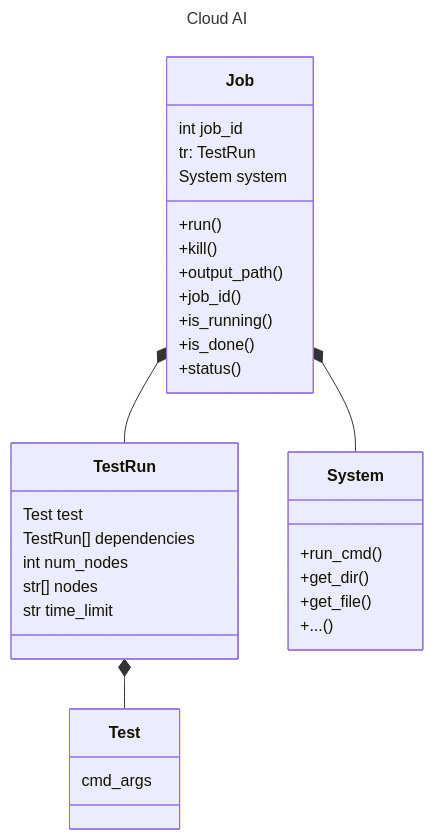
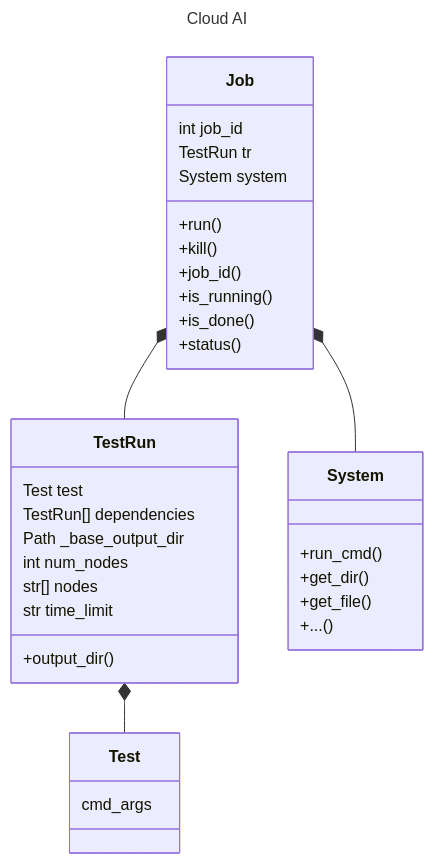
Before and after one commit to NVIDIA/cloudai: the second of 3 diagrams in doc/DEV.md, drawn with Mermaid. The commit also changed other lines of this file, not shown here.

````diff
--- a/doc/DEV.md
+++ b/doc/DEV.md
@@ -49,40 +49,42 @@
 ```mermaid
 ---
 title: Cloud AI
 ---
 classDiagram
     TestRun *-- Test
     Job *-- TestRun
     Job *-- System
 
     class System {
         +run_cmd()
         +get_dir()
         +get_file()
         +...()
     }
     class Test {
         cmd_args
     }
     class TestRun {
         Test test
         TestRun[] dependencies
+        Path _base_output_dir
         int num_nodes
         str[] nodes
         str time_limit
+
+        +output_dir()
     }
     class Job {
         int job_id
-        tr: TestRun
+        TestRun tr
         System system
 
         +run()
         +kill()
 
-        +output_path()
         +job_id()
         +is_running()
         +is_done()
         +status()
     }
 ```
````
